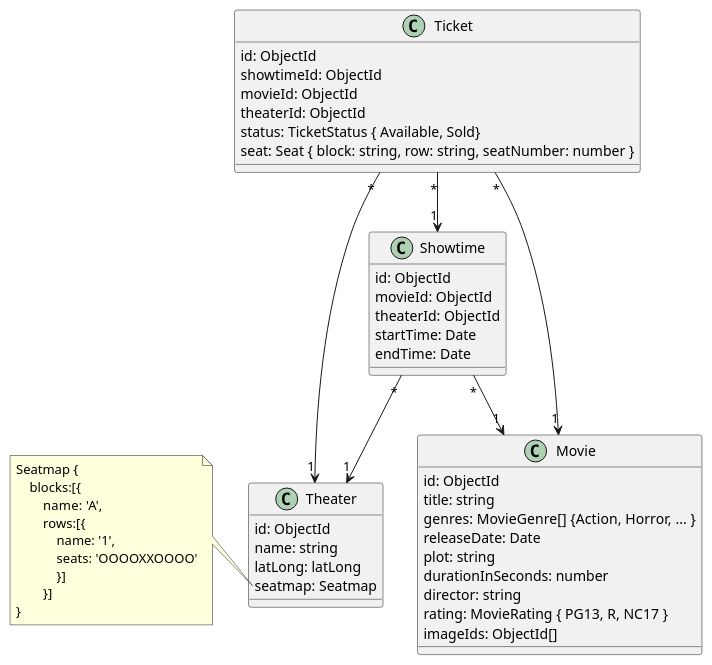
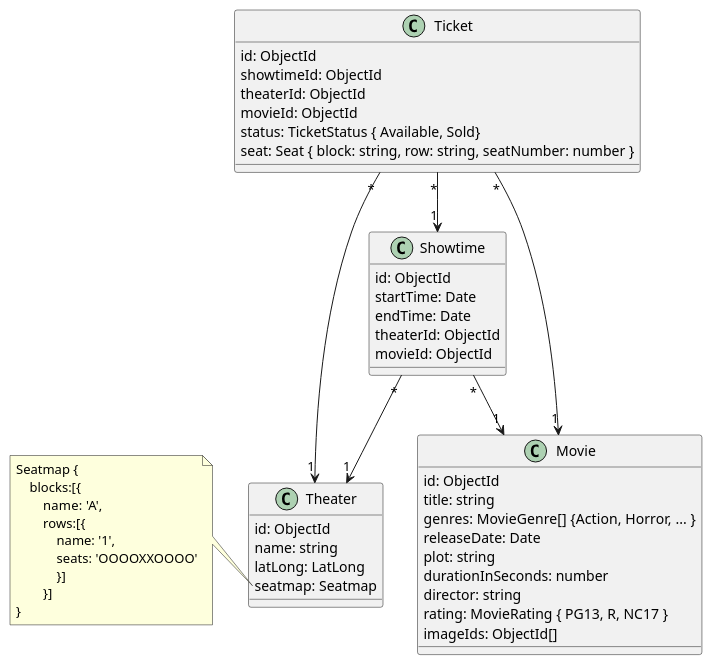
Before and after one commit to mannercode/mannercode.github.io: the second of 16 diagrams in _posts/2025-06-01-backend-design-3.md, drawn with PlantUML. The commit also changed other lines of this file and 14 other files, not shown here.

First line of the commit message:
Add UML diagrams for Movie Booking System

```diff
--- a/_posts/2025-06-01-backend-design-3.md
+++ b/_posts/2025-06-01-backend-design-3.md
@@ -66,56 +66,56 @@
 {% plantuml %}
 @startuml
 class Movie {
     id: ObjectId
     title: string
     genres: MovieGenre[] {Action, Horror, ... }
     releaseDate: Date
     plot: string
     durationInSeconds: number
     director: string
     rating: MovieRating { PG13, R, NC17 }
     imageIds: ObjectId[]
 }
 
 class Theater {
     id: ObjectId
     name: string
-    latLong: latLong
+    latLong: LatLong
     seatmap: Seatmap
 }
 note left of Theater::seatmap
 Seatmap {
     blocks:[{
         name: 'A',
         rows:[{
             name: '1',
             seats: 'OOOOXXOOOO'
             }]
         }]
 }
 end note
 
 class Showtime {
     id: ObjectId
-    movieId: ObjectId
-    theaterId: ObjectId
     startTime: Date
     endTime: Date
+    theaterId: ObjectId
+    movieId: ObjectId
 }
 
 class Ticket {
     id: ObjectId
     showtimeId: ObjectId
+    theaterId: ObjectId
     movieId: ObjectId
-    theaterId: ObjectId
     status: TicketStatus { Available, Sold}
     seat: Seat { block: string, row: string, seatNumber: number }
 }
 
 Ticket "*" --> "1" Showtime
 Ticket "*" --> "1" Movie
 Ticket "*" --> "1" Theater
 Showtime "*" --> "1" Movie
 Showtime "*" --> "1" Theater
 @enduml
 {% endplantuml %}
```
